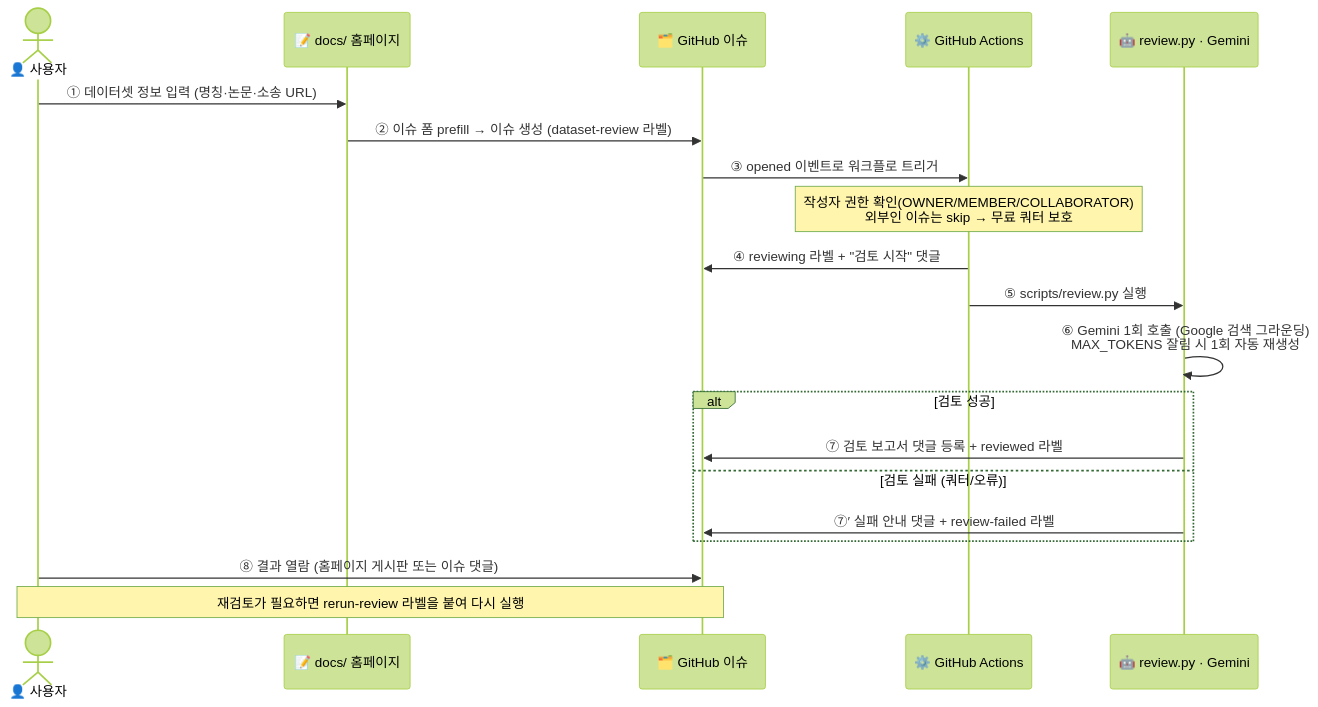
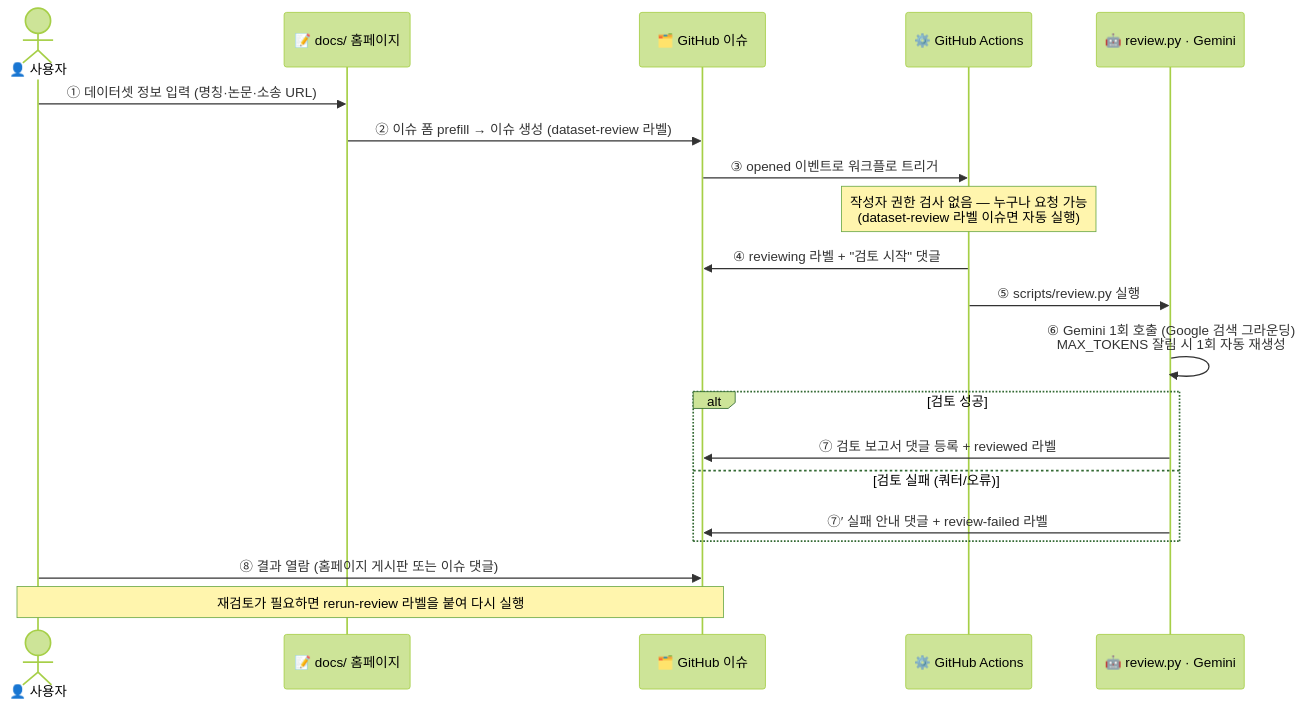
The second of 3 diagrams in README.md (aigovsensing/dataset-review), drawn with Mermaid (forest theme) before and after one commit. The commit also changed other lines of this file and 1 other file, not shown here.

First line of the commit message:
검토 트리거 개방: 작성자 권한 제한 제거 (누구나 사용 가능)

````diff
--- a/README.md
+++ b/README.md
@@ -66,23 +66,23 @@
 ```mermaid
 sequenceDiagram
     actor U as 👤 사용자
     participant H as 📝 docs/ 홈페이지
     participant I as 🗂️ GitHub 이슈
     participant A as ⚙️ GitHub Actions
     participant G as 🤖 review.py · Gemini
 
     U->>H: ① 데이터셋 정보 입력 (명칭·논문·소송 URL)
     H->>I: ② 이슈 폼 prefill → 이슈 생성 (dataset-review 라벨)
     I->>A: ③ opened 이벤트로 워크플로 트리거
-    Note over A: 작성자 권한 확인(OWNER/MEMBER/COLLABORATOR)<br/>외부인 이슈는 skip → 무료 쿼터 보호
+    Note over A: 작성자 권한 검사 없음 — 누구나 요청 가능<br/>(dataset-review 라벨 이슈면 자동 실행)
     A->>I: ④ reviewing 라벨 + "검토 시작" 댓글
     A->>G: ⑤ scripts/review.py 실행
     G->>G: ⑥ Gemini 1회 호출 (Google 검색 그라운딩)<br/>MAX_TOKENS 잘림 시 1회 자동 재생성
     alt 검토 성공
         G->>I: ⑦ 검토 보고서 댓글 등록 + reviewed 라벨
     else 검토 실패 (쿼터/오류)
         G->>I: ⑦′ 실패 안내 댓글 + review-failed 라벨
     end
     U->>I: ⑧ 결과 열람 (홈페이지 게시판 또는 이슈 댓글)
     Note over U,I: 재검토가 필요하면 rerun-review 라벨을 붙여 다시 실행
 ```
````
